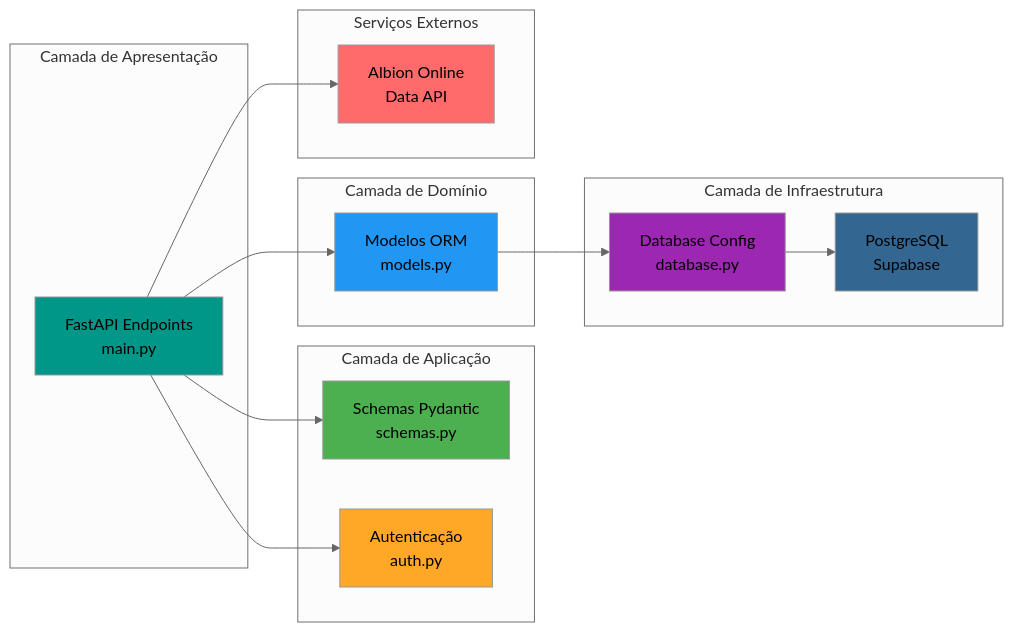
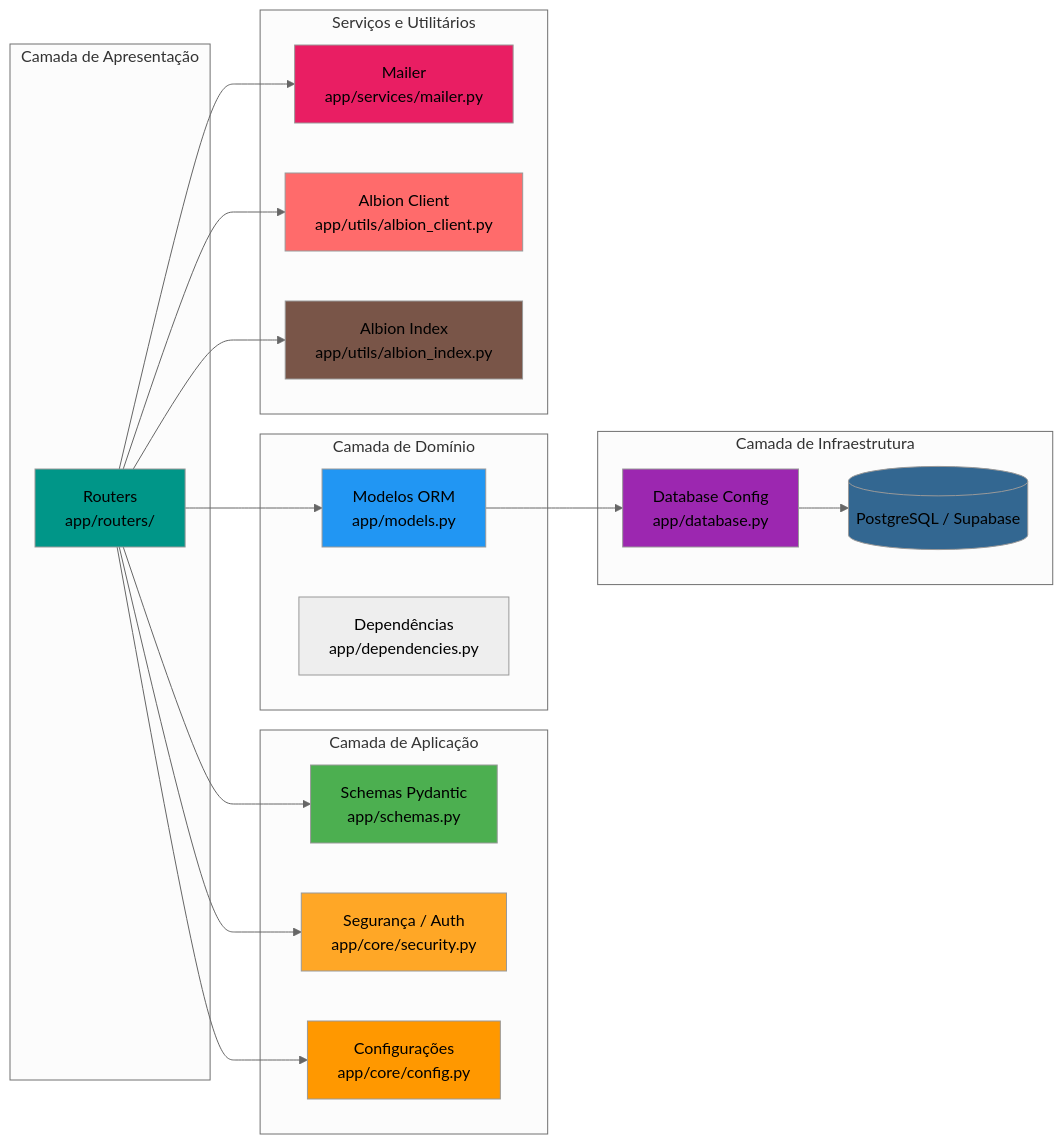
One commit to samuca2k18/Market_Albion_Online changed the fifth of 5 diagrams in README.md. Above: the diagram before and after it, drawn with Mermaid (neutral theme). The commit also changed other lines of this file, not shown here.

````diff
--- a/README.md
+++ b/README.md
@@ -231,39 +310,49 @@
 ```mermaid
 graph LR
     subgraph "Camada de Apresentação"
-        A[FastAPI Endpoints<br/>main.py]
+        A[Routers<br/>app/routers/]
     end
-    
+
     subgraph "Camada de Aplicação"
-        B[Schemas Pydantic<br/>schemas.py]
-        C[Autenticação<br/>auth.py]
+        B[Schemas Pydantic<br/>app/schemas.py]
+        C[Segurança / Auth<br/>app/core/security.py]
+        D[Configurações<br/>app/core/config.py]
     end
-    
+
     subgraph "Camada de Domínio"
-        D[Modelos ORM<br/>models.py]
+        E[Modelos ORM<br/>app/models.py]
+        F[Dependências<br/>app/dependencies.py]
     end
-    
+
     subgraph "Camada de Infraestrutura"
-        E[Database Config<br/>database.py]
-        F[PostgreSQL<br/>Supabase]
+        G[Database Config<br/>app/database.py]
+        H[(PostgreSQL / Supabase)]
     end
-    
-    subgraph "Serviços Externos"
-        G[Albion Online<br/>Data API]
+
+    subgraph "Serviços e Utilitários"
+        I[Mailer<br/>app/services/mailer.py]
+        J[Albion Client<br/>app/utils/albion_client.py]
+        K[Albion Index<br/>app/utils/albion_index.py]
     end
-    
+
     A --> B
     A --> C
     A --> D
-    D --> E
-    E --> F
-    A --> G
-    
+    A --> E
+    E --> G
+    G --> H
+    A --> I
+    A --> J
+    A --> K
+
     style A fill:#009688
     style B fill:#4CAF50
     style C fill:#FFA726
-    style D fill:#2196F3
-    style E fill:#9C27B0
-    style F fill:#336791
-    style G fill:#FF6B6B
+    style D fill:#FF9800
+    style E fill:#2196F3
+    style G fill:#9C27B0
+    style H fill:#336791
+    style I fill:#E91E63
+    style J fill:#FF6B6B
+    style K fill:#795548
 ```
````
